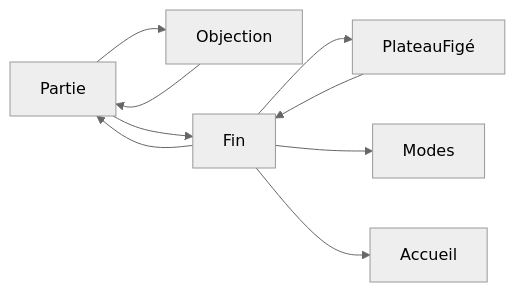
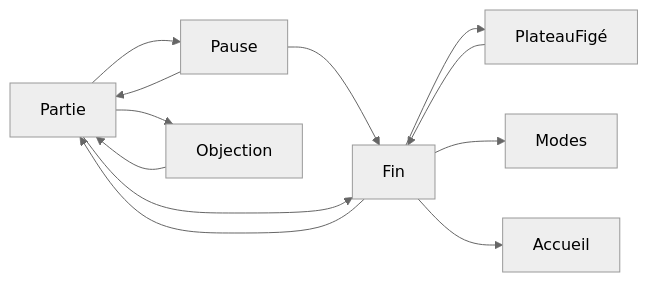
Before and after one commit to naanouff/w3dts-chessmaster: the diagram in docs/fin-partie.md, drawn with Mermaid (neutral theme). The commit also changed other lines of this file and 221 other files, not shown here.

````diff
--- a/docs/fin-partie.md
+++ b/docs/fin-partie.md
@@ -35,17 +48,21 @@
 ```mermaid
 flowchart LR
   partie[Partie]
+  pause[Pause]
   objection[Objection]
   fin[Fin]
   plateau[PlateauFigé]
   accueil[Accueil]
   modes[Modes]
+  partie --> pause
+  pause --> partie
+  pause --> fin
   partie --> objection
   objection --> partie
   partie --> fin
   fin --> plateau
   plateau --> fin
   fin --> partie
   fin --> modes
   fin --> accueil
 ```
````
